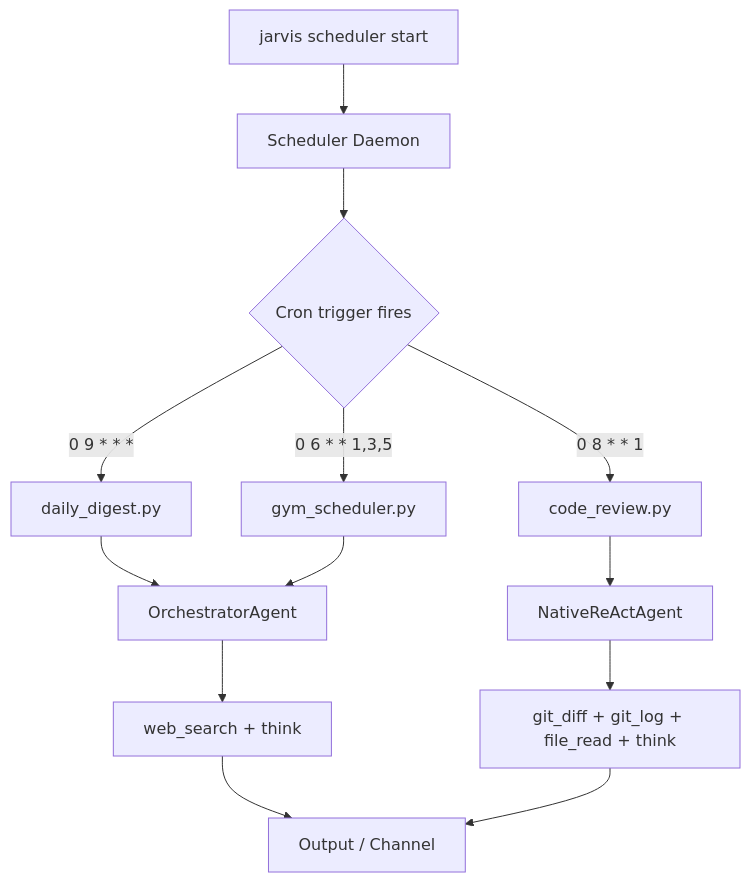
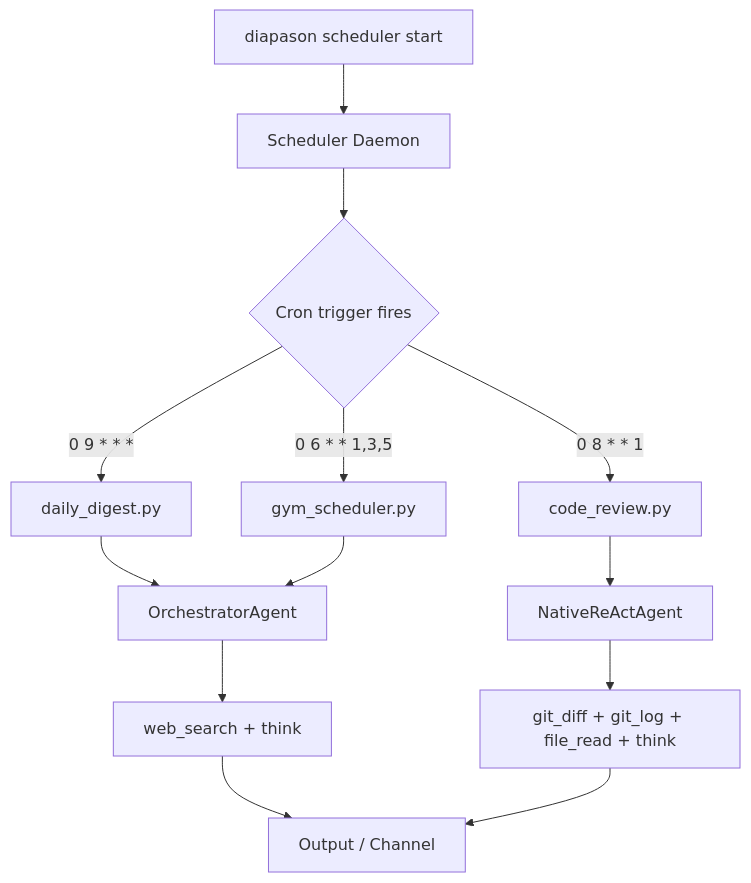
The diagram in docs/tutorials/scheduled-ops.md (carlitoetienne01-spec/Diapason), drawn with Mermaid before and after one commit. The commit also changed other lines of this file and 794 other files, not shown here.

````diff
--- a/docs/tutorials/scheduled-ops.md
+++ b/docs/tutorials/scheduled-ops.md
@@ -50,15 +50,15 @@
 ```mermaid
 graph TD
-    A[jarvis scheduler start] --> B[Scheduler Daemon]
+    A[diapason scheduler start] --> B[Scheduler Daemon]
     B --> C{Cron trigger fires}
     C -->|0 9 * * *| D[daily_digest.py]
     C -->|0 8 * * 1| E[code_review.py]
     C -->|0 6 * * 1,3,5| F[gym_scheduler.py]
     D --> G[OrchestratorAgent]
     E --> H[NativeReActAgent]
     F --> G
     G --> I[web_search + think]
     H --> J[git_diff + git_log + file_read + think]
     I --> K[Output / Channel]
     J --> K
 ```
````
